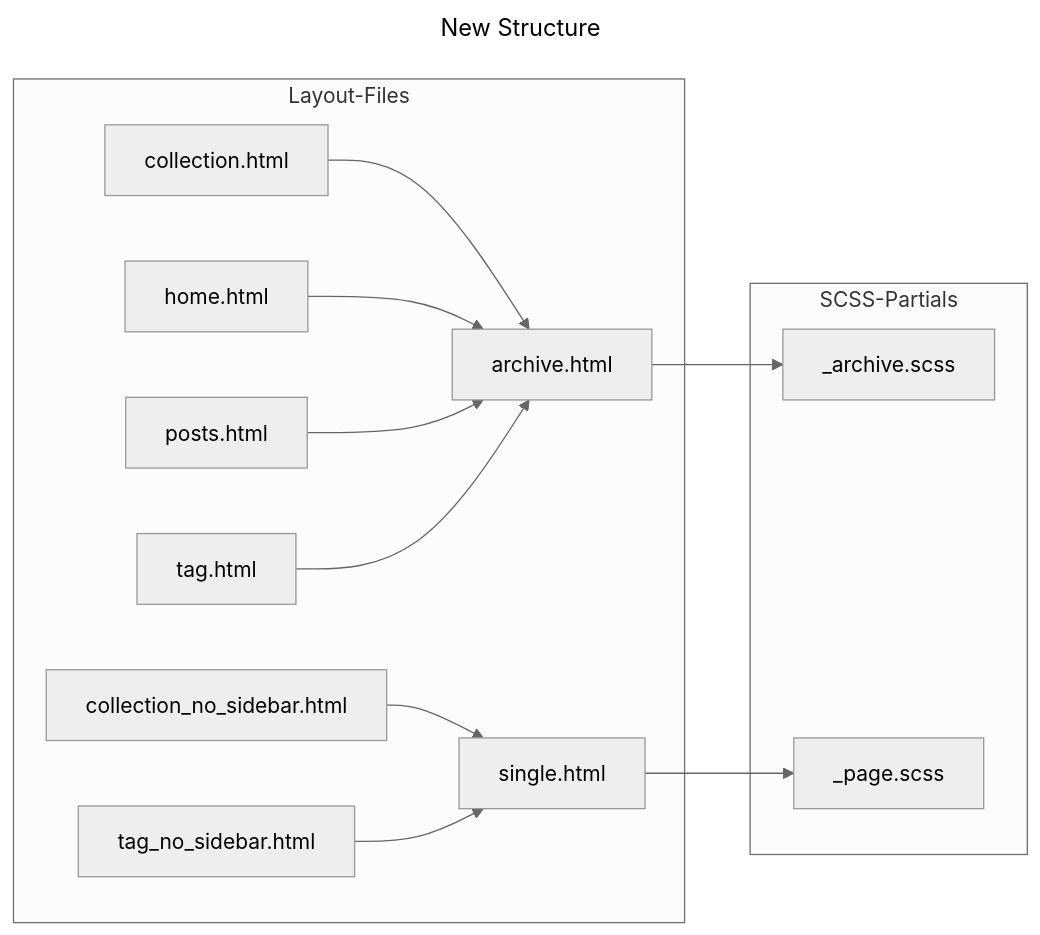
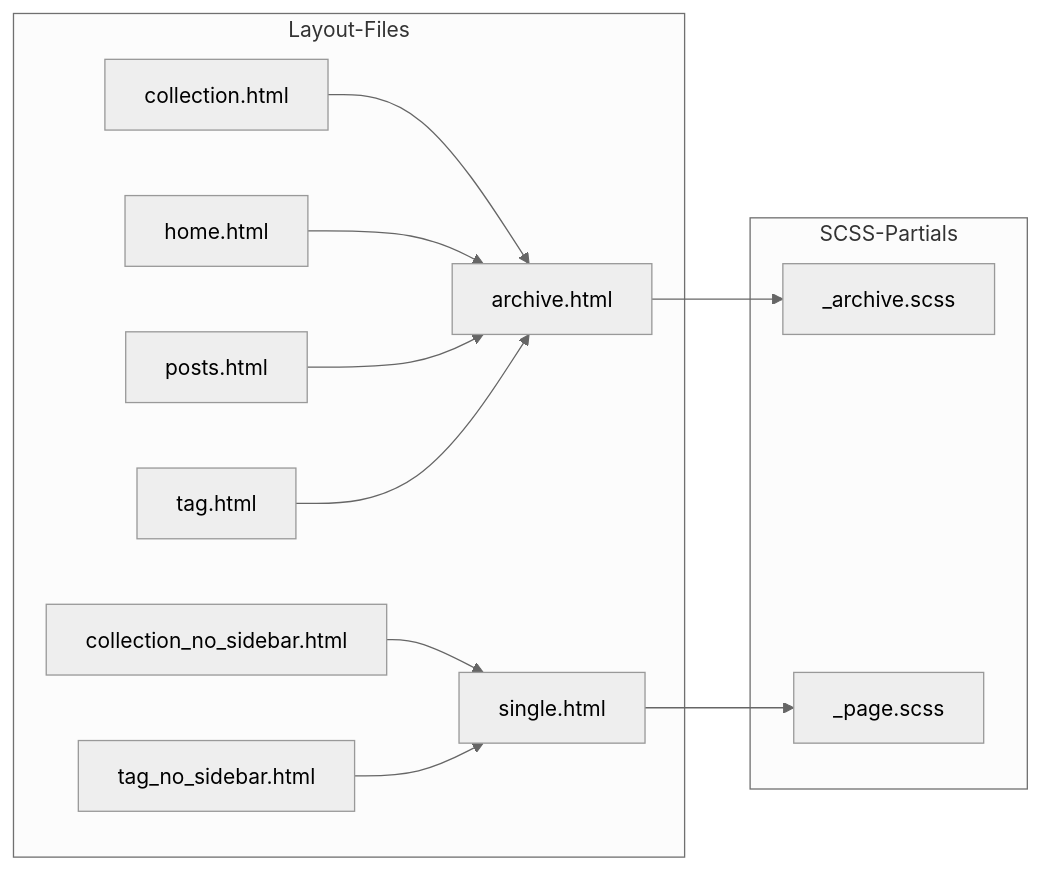
One commit to KieranReck/KieranReck.github.io changed the second of 3 diagrams in _posts/2024-02-14-removing-author-profile-spacing.md. Above: the diagram before and after it, drawn with Mermaid (neutral theme). The commit also changed other lines of this file, not shown here.

````diff
--- a/_posts/2024-02-14-removing-author-profile-spacing.md
+++ b/_posts/2024-02-14-removing-author-profile-spacing.md
@@ -206,31 +204,29 @@
 ```mermaid
----
-title: New Structure
----
+
 flowchart LR
 
 archive.html --> _archive.scss
 single.html --> _page.scss
 collection.html --> archive.html
 collection_no_sidebar.html --> single.html
 home.html --> archive.html
 posts.html --> archive.html
 tag.html --> archive.html
 tag_no_sidebar.html --> single.html
 
 subgraph Layout-Files
 archive.html
 single.html
 collection.html
 home.html
 posts.html
 tag.html
 collection_no_sidebar.html 
 tag_no_sidebar.html 
 end
 
 subgraph SCSS-Partials
 _archive.scss
 _page.scss
 end
 ```
````
